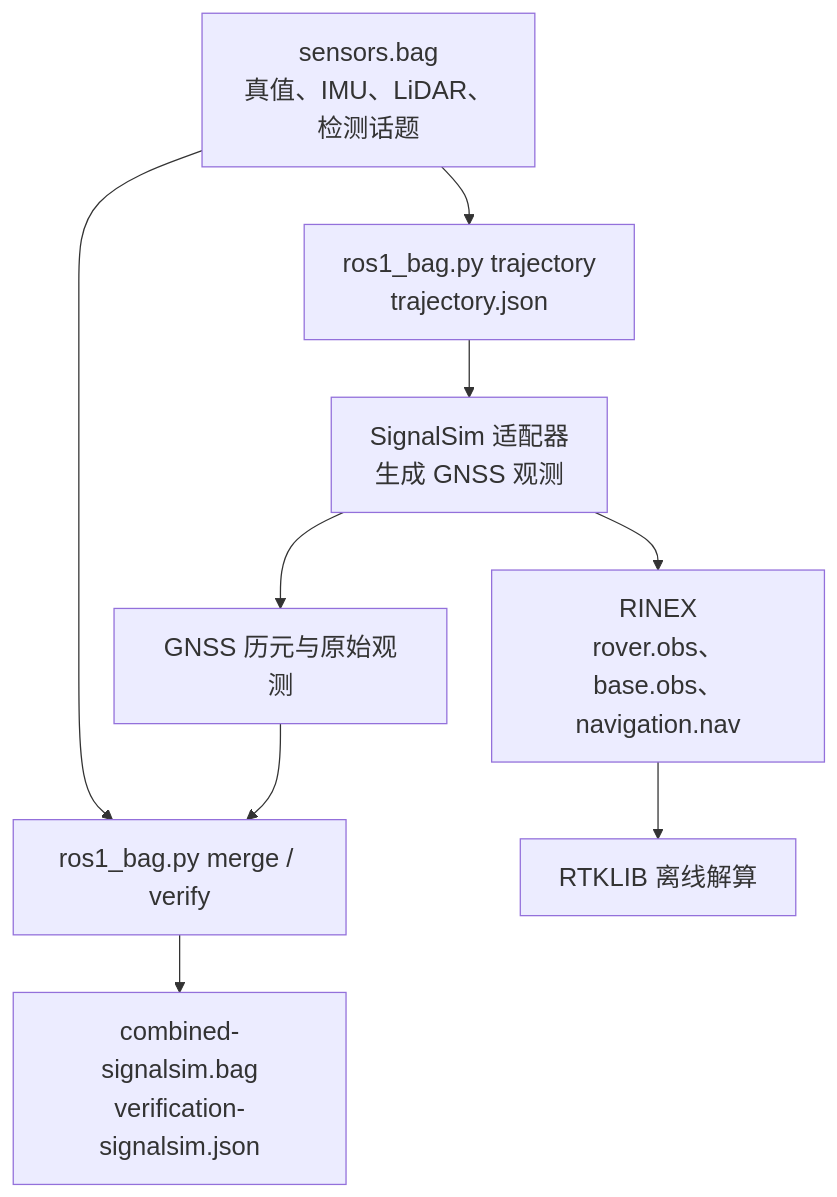
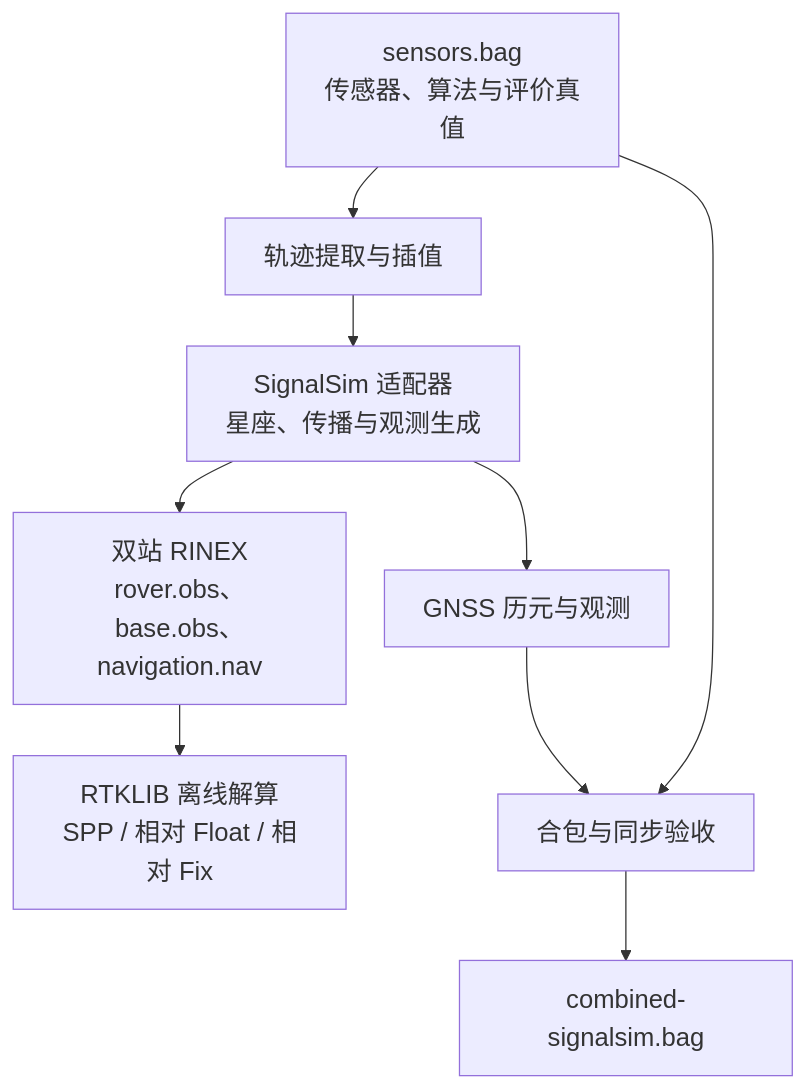
Before and after one commit to wangzika/msim: the third of 3 diagrams in docs/px4/ARCHITECTURE.md, drawn with Mermaid. The commit also changed other lines of this file and 44 other files, not shown here.

Commit message:
feat: add autonomous goal missions and document platform architecture

````diff
--- a/docs/px4/ARCHITECTURE.md
+++ b/docs/px4/ARCHITECTURE.md
@@ -48,12 +127,12 @@
 ```mermaid
-%%{init: {"themeVariables": {"fontSize": "20px"}, "flowchart": {"nodeSpacing": 35, "rankSpacing": 45}}}%%
+%%{init: {"themeVariables": {"fontSize": "20px"}, "flowchart": {"nodeSpacing": 30, "rankSpacing": 40}}}%%
 flowchart TB
-    bag["sensors.bag<br/>真值、IMU、LiDAR、检测话题"] --> trajectory["ros1_bag.py trajectory<br/>trajectory.json"]
-    trajectory --> signalsim["SignalSim 适配器<br/>生成 GNSS 观测"]
-    signalsim --> rinex["RINEX<br/>rover.obs、base.obs、navigation.nav"]
-    signalsim --> epochs["GNSS 历元与原始观测"]
-    bag --> merge["ros1_bag.py merge / verify"]
-    epochs --> merge
-    merge --> combined["combined-signalsim.bag<br/>verification-signalsim.json"]
-    rinex --> rtklib["RTKLIB 离线解算"]
+    bag["sensors.bag<br/>传感器、算法与评价真值"] --> trajectory["轨迹提取与插值"]
+    trajectory --> signalsim["SignalSim 适配器<br/>星座、传播与观测生成"]
+    signalsim --> rinex["双站 RINEX<br/>rover.obs、base.obs、navigation.nav"]
+    signalsim --> epochs["GNSS 历元与观测"]
+    epochs --> merge["合包与同步验收"]
+    bag --> merge
+    merge --> combined["combined-signalsim.bag"]
+    rinex --> rtklib["RTKLIB 离线解算<br/>SPP / 相对 Float / 相对 Fix"]
 ```
````
